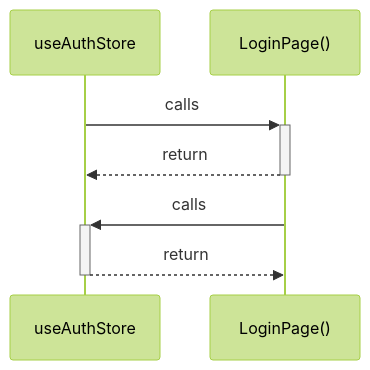
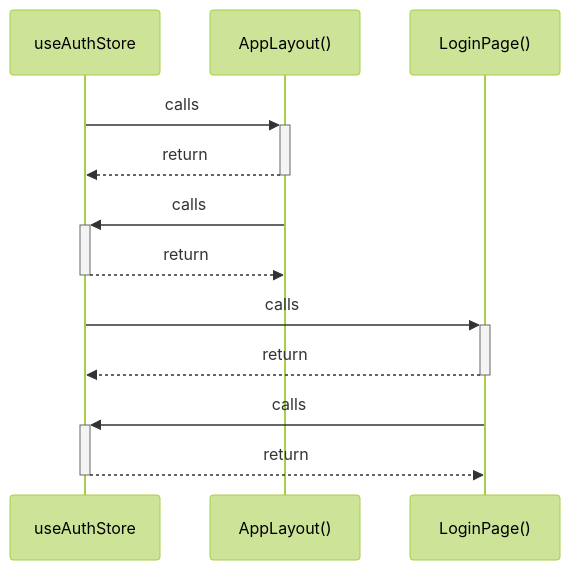
The diagram in graphify-out/wiki/useAuthStore.md (FY72X9/i-can-app), drawn with Mermaid (forest theme) before and after one commit. The commit also changed other lines of this file and 35 other files, not shown here.

Commit message:
feat: implement authentication service and UI pages with generated knowledge graph documentation

````diff
--- a/graphify-out/wiki/useAuthStore.md
+++ b/graphify-out/wiki/useAuthStore.md
@@ -7,9 +7,14 @@
 ```mermaid
 sequenceDiagram
     participant P0 as useAuthStore
-    participant P1 as LoginPage()
+    participant P1 as AppLayout()
+    participant P2 as LoginPage()
     P0->>+ P1: calls
     P1-->>- P0: return
     P1->>+ P0: calls
     P0-->>- P1: return
+    P0->>+ P2: calls
+    P2-->>- P0: return
+    P2->>+ P0: calls
+    P0-->>- P2: return
 ```
````
